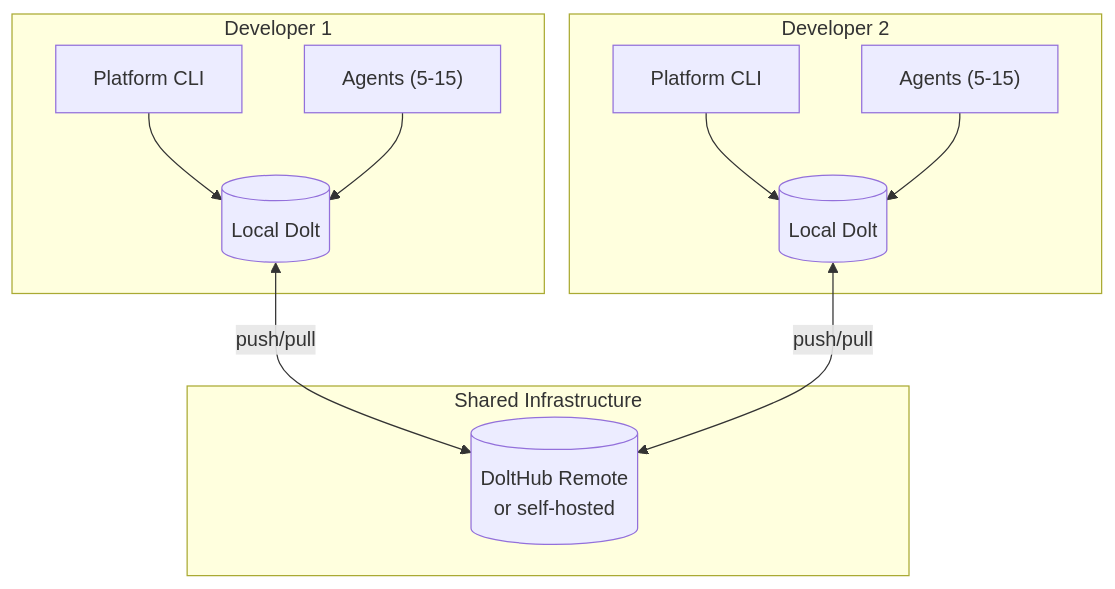
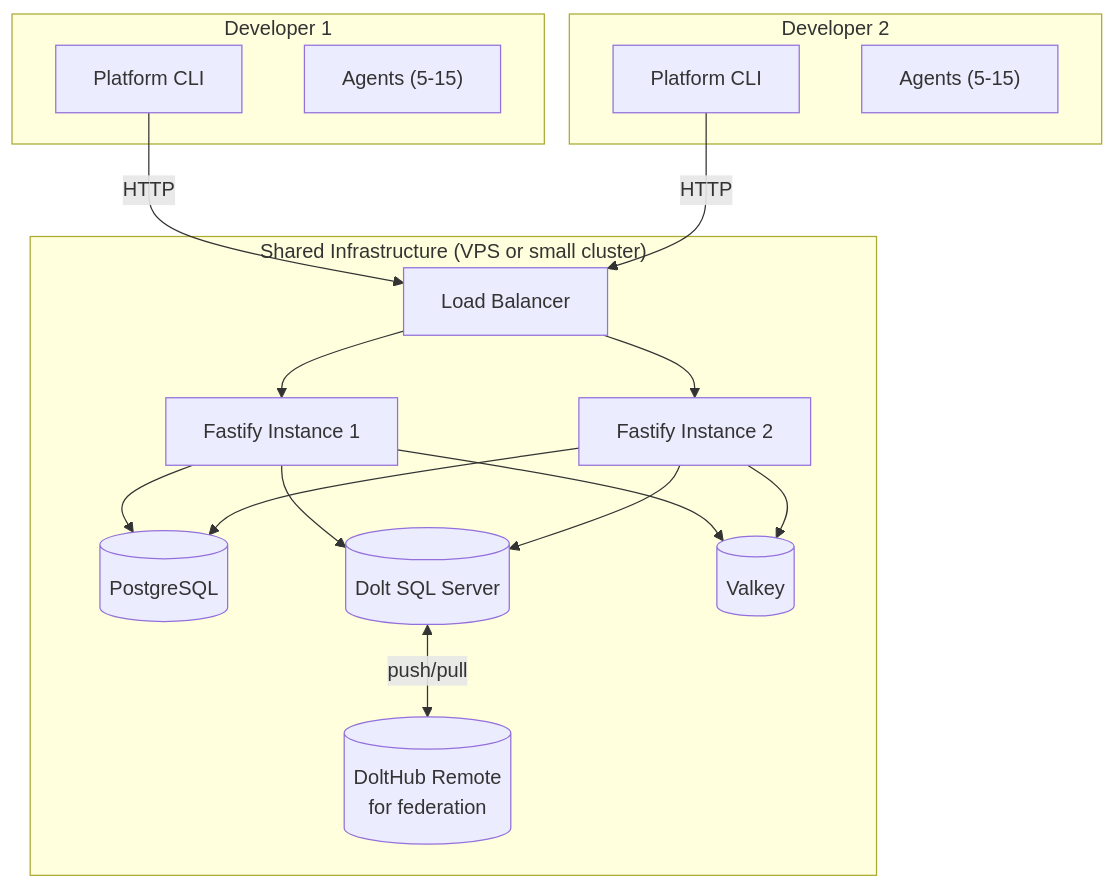
Before and after one commit to ivy00johns/AllTheSkillsAlTheAgents: the third of 4 diagrams in plans/the-future/spec/03-system-architecture.md, drawn with Mermaid. The commit also changed other lines of this file and 6 other files, not shown here.

First line of the commit message:
feat: add API/UI layer specs, update architecture for service-hosted

````diff
--- a/plans/the-future/spec/03-system-architecture.md
+++ b/plans/the-future/spec/03-system-architecture.md
@@ -868,25 +1022,35 @@
 ```mermaid
 graph TB
-    subgraph Remote["Shared Infrastructure"]
-        DoltHub[(DoltHub Remote<br/>or self-hosted)]
+    subgraph Infra["Shared Infrastructure (VPS or small cluster)"]
+        LB[Load Balancer]
+        F1["Fastify Instance 1"]
+        F2["Fastify Instance 2"]
+        PG[(PostgreSQL)]
+        Dolt[(Dolt SQL Server)]
+        Valkey[(Valkey)]
+        DoltHub[(DoltHub Remote<br/>for federation)]
+
+        LB --> F1
+        LB --> F2
+        F1 --> PG
+        F1 --> Dolt
+        F1 --> Valkey
+        F2 --> PG
+        F2 --> Dolt
+        F2 --> Valkey
     end
 
     subgraph Dev1["Developer 1"]
         D1CLI[Platform CLI]
-        D1Dolt[(Local Dolt)]
         D1Agents["Agents (5-15)"]
-        D1CLI --> D1Dolt
-        D1Agents --> D1Dolt
     end
 
     subgraph Dev2["Developer 2"]
         D2CLI[Platform CLI]
-        D2Dolt[(Local Dolt)]
         D2Agents["Agents (5-15)"]
-        D2CLI --> D2Dolt
-        D2Agents --> D2Dolt
     end
 
-    D1Dolt <-->|push/pull| DoltHub
-    D2Dolt <-->|push/pull| DoltHub
+    D1CLI -->|HTTP| LB
+    D2CLI -->|HTTP| LB
+    Dolt <-->|push/pull| DoltHub
 ```
````
